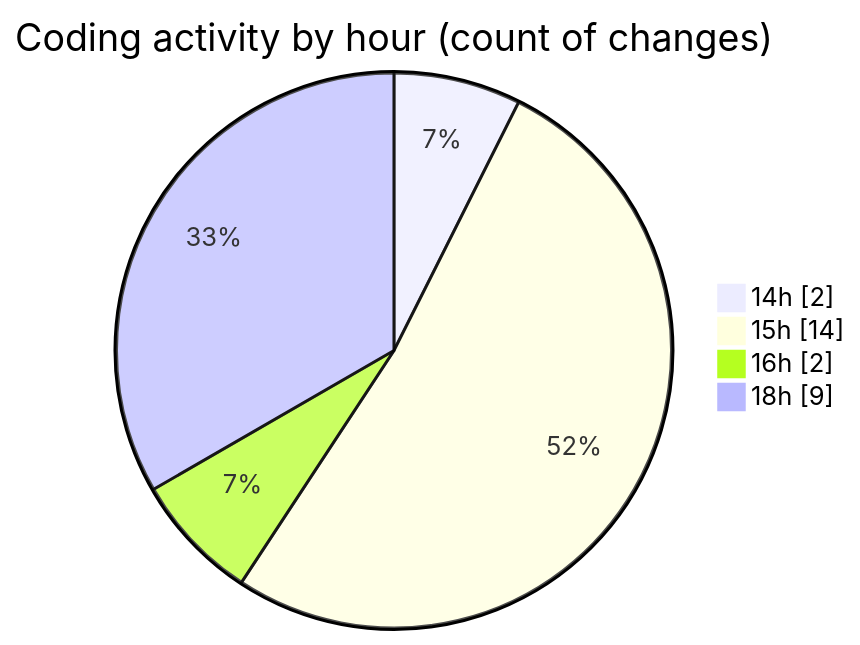
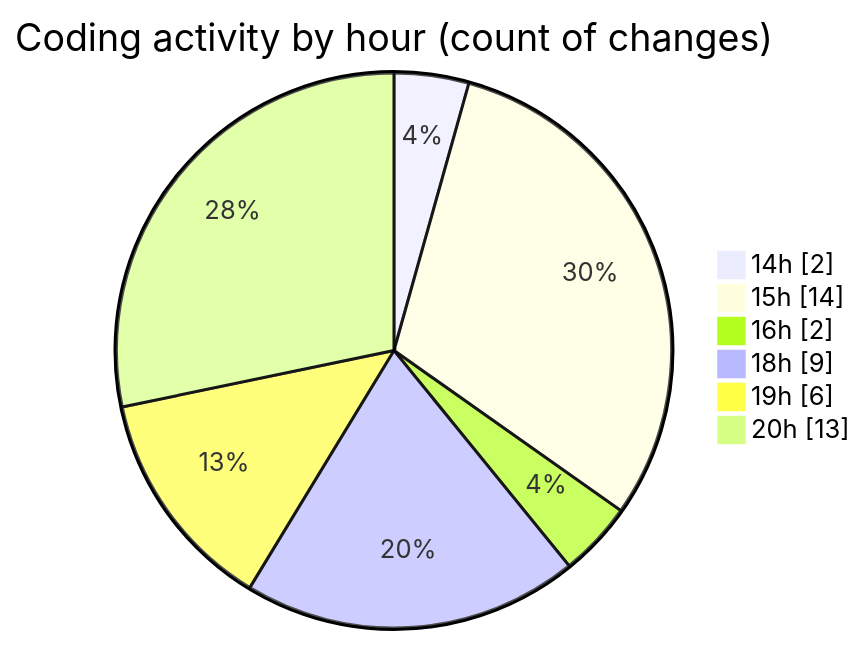
Before and after one commit to Netris89/code-tracking: the second of 2 diagrams in 2025-03-21/back-end/README.md, drawn with Mermaid. The commit also changed other lines of this file and 1 other file, not shown here.

````diff
--- a/2025-03-21/back-end/README.md
+++ b/2025-03-21/back-end/README.md
@@ -29,8 +31,10 @@
 ```mermaid
 pie showData
 title Coding activity by hour (count of changes)
 "14h" : 2
 "15h" : 14
 "16h" : 2
 "18h" : 9
+"19h" : 6
+"20h" : 13
 ```
````
